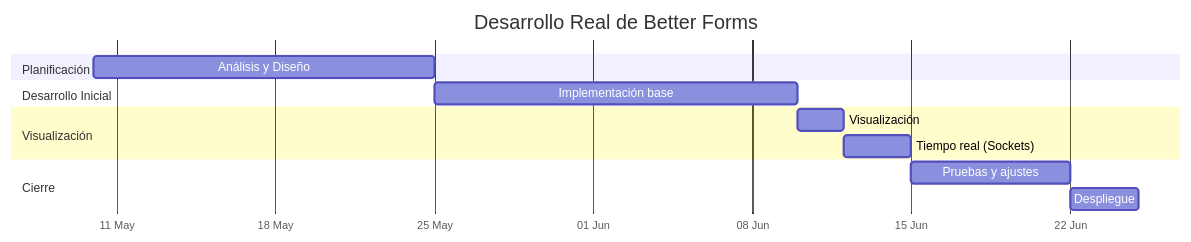
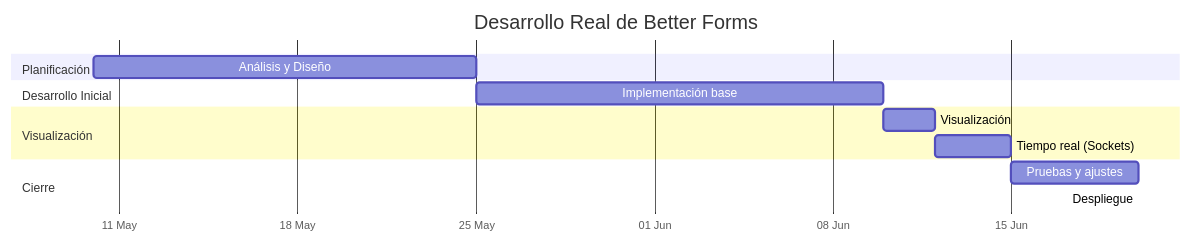
One commit to Armadovich/BetterForms changed the fourth of 6 diagrams in README.md. Above: the diagram before and after it, drawn with Mermaid.

````diff
--- a/README.md
+++ b/README.md
@@ -158,20 +158,20 @@
 ```mermaid
 gantt
     title Desarrollo Real de Better Forms
     dateFormat  YYYY-MM-DD
     axisFormat %d %b
 
     section Planificación
     Análisis y Diseño          :2025-05-10, 2025-05-25
 
     section Desarrollo Inicial
     Implementación base        :2025-05-25, 2025-06-10
 
     section Visualización
     Visualización              :2025-06-10, 2025-06-12
     Tiempo real (Sockets)      :2025-06-12, 2025-06-15
 
     section Cierre
-    Pruebas y ajustes          :2025-06-15, 2025-06-22
-    Despliegue                 :2025-06-22, 2025-06-25
+    Pruebas y ajustes          :2025-06-15, 2025-06-20
+    Despliegue                 :2025-06-20, 2025-06-20
 ```
````
